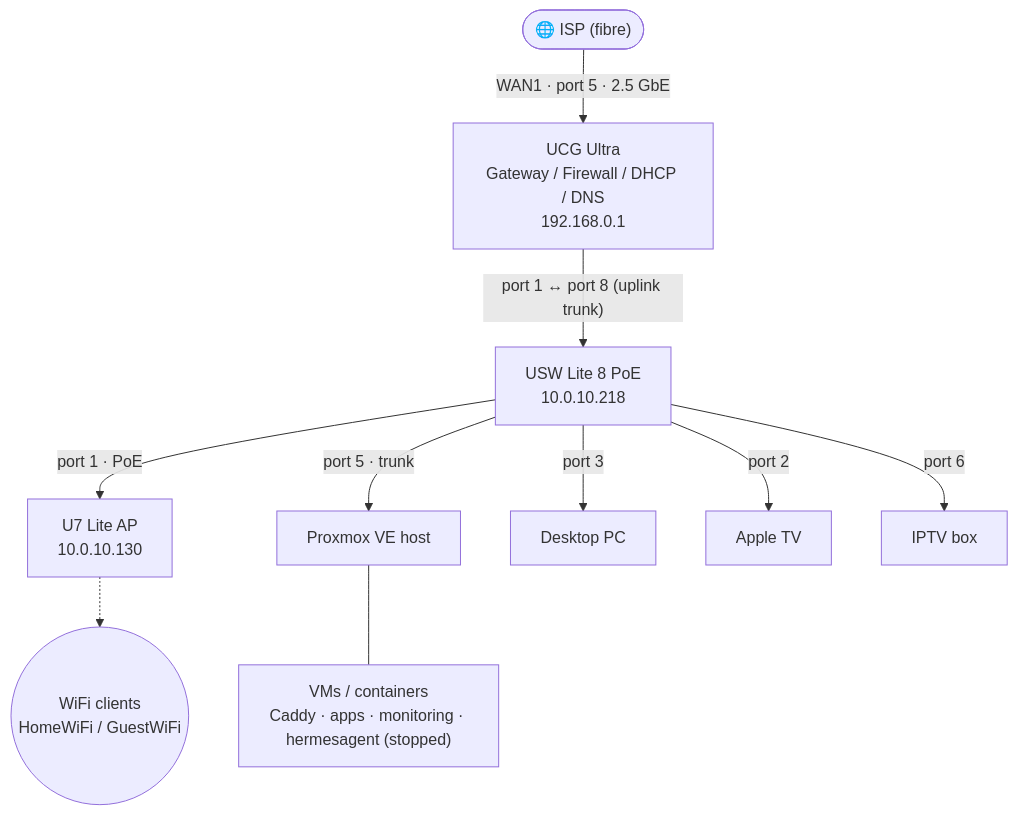
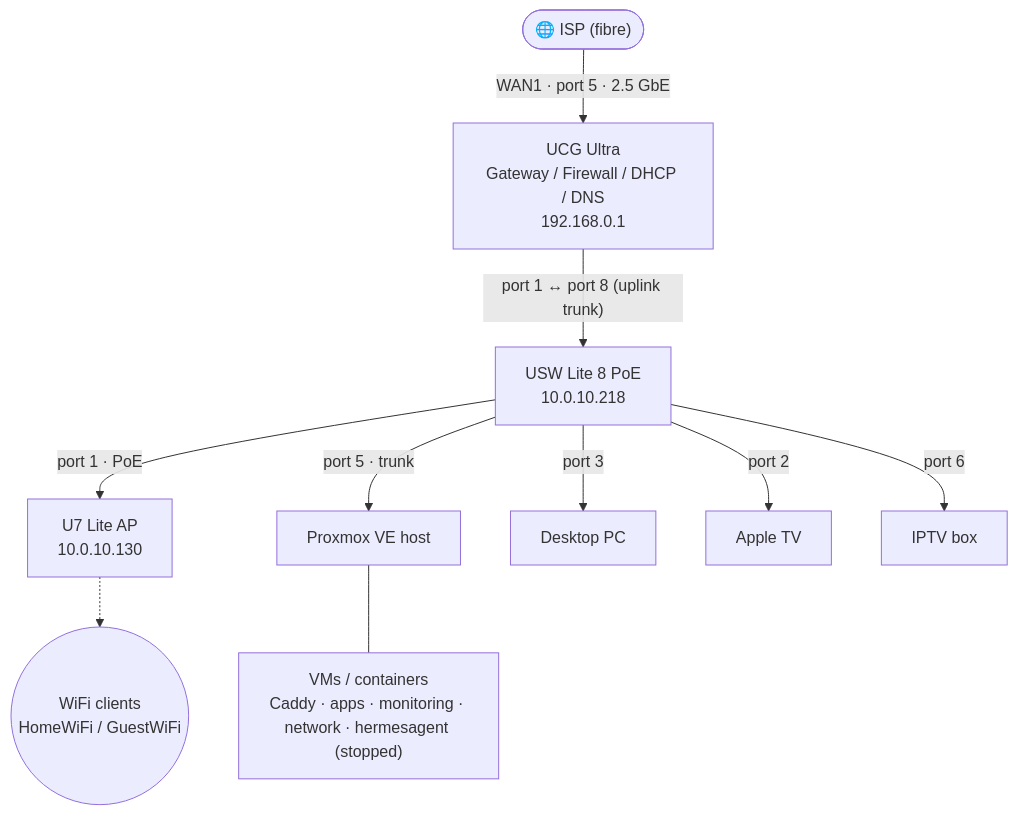
Before and after one commit to shaaz-f/home-server: the first of 2 diagrams in README.md, drawn with Mermaid. The commit also changed other lines of this file and 6 other files, not shown here.

````diff
--- a/README.md
+++ b/README.md
@@ -26,23 +26,23 @@
 ```mermaid
 flowchart TD
     ISP(["🌐 ISP (fibre)"])
     GW["UCG Ultra<br/>Gateway / Firewall / DHCP / DNS<br/>192.168.0.1"]
     SW["USW Lite 8 PoE<br/>10.0.10.218"]
     AP["U7 Lite AP<br/>10.0.10.130"]
     PVE["Proxmox VE host"]
     PC["Desktop PC"]
     ATV["Apple TV"]
     OTV["IPTV box"]
     WIFI(("WiFi clients<br/>HomeWiFi / GuestWiFi"))
-    VMS["VMs / containers<br/>Caddy · apps · monitoring · hermesagent (stopped)"]
+    VMS["VMs / containers<br/>Caddy · apps · monitoring · network · hermesagent (stopped)"]
 
     ISP -- "WAN1 · port 5 · 2.5 GbE" --> GW
     GW -- "port 1 ↔ port 8 (uplink trunk)" --> SW
     SW -- "port 1 · PoE" --> AP
     SW -- "port 2" --> ATV
     SW -- "port 3" --> PC
     SW -- "port 5 · trunk" --> PVE
     SW -- "port 6" --> OTV
     AP -.-> WIFI
     PVE --- VMS
 ```
````
